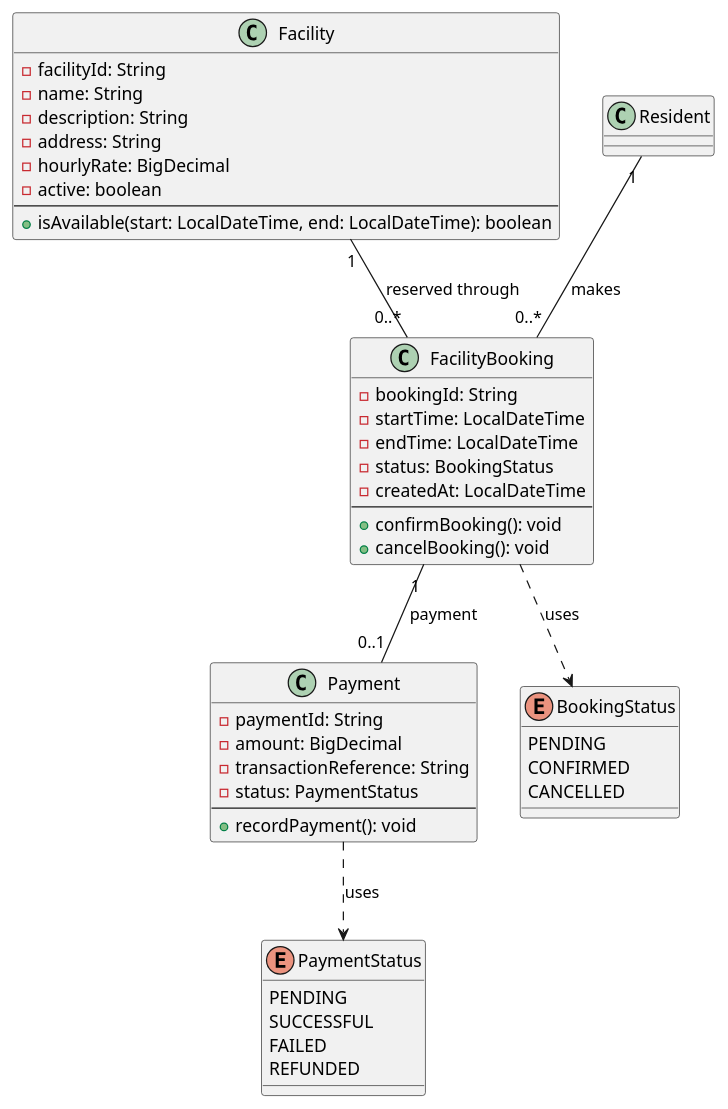
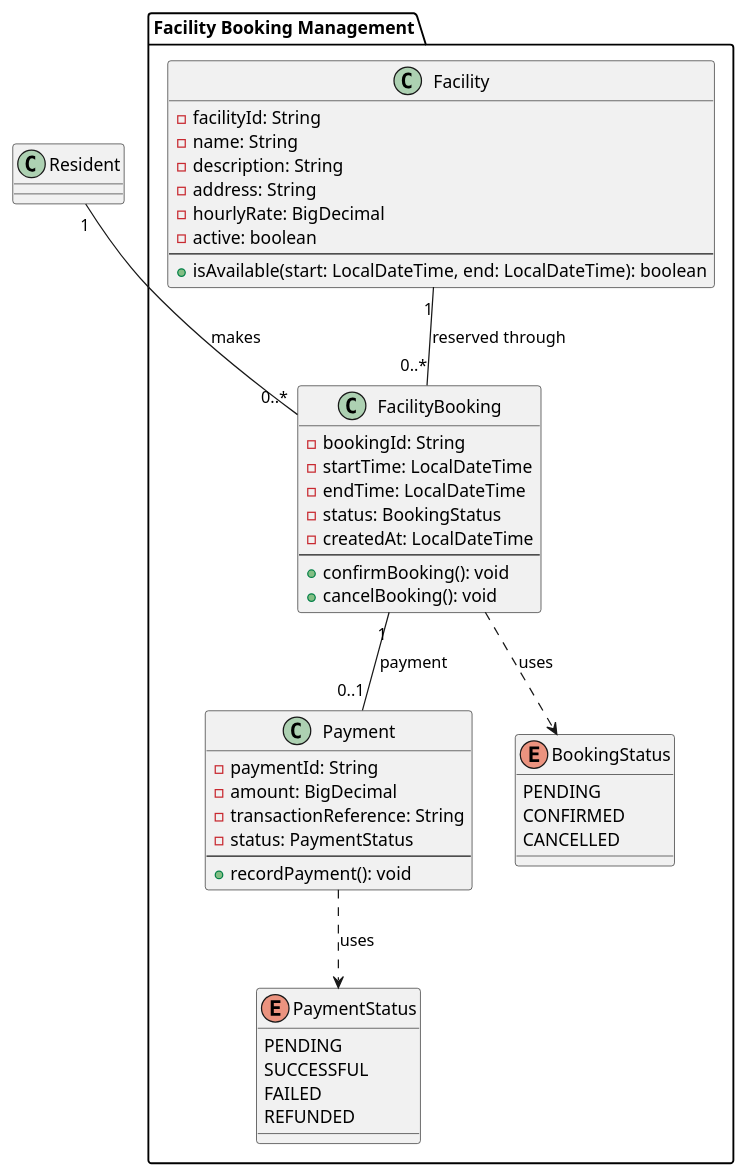
The diagram in docs/uml/modules/facility-booking.puml (gg-sajanbasnet/ICT602-MEL_S2_2026-1), drawn with PlantUML before and after one commit. The commit also changed 3 other files, not shown here.

Commit message:
refactor(uml): organize service request and facility booking into packages

```diff
--- a/docs/uml/modules/facility-booking.puml
+++ b/docs/uml/modules/facility-booking.puml
@@ -1,61 +1,64 @@
 
 ' =========================================
 ' FACILITY BOOKING MANAGEMENT MODULE
 ' =========================================
 
-class Facility {
-  - facilityId: String
-  - name: String
-  - description: String
-  - address: String
-  - hourlyRate: BigDecimal
-  - active: boolean
-  --
-  + isAvailable(start: LocalDateTime, end: LocalDateTime): boolean
-}
+package "Facility Booking Management" {
 
-class FacilityBooking {
-  - bookingId: String
-  - startTime: LocalDateTime
-  - endTime: LocalDateTime
-  - status: BookingStatus
-  - createdAt: LocalDateTime
-  --
-  + confirmBooking(): void
-  + cancelBooking(): void
-}
+  class Facility {
+    - facilityId: String
+    - name: String
+    - description: String
+    - address: String
+    - hourlyRate: BigDecimal
+    - active: boolean
+    --
+    + isAvailable(start: LocalDateTime, end: LocalDateTime): boolean
+  }
 
-class Payment {
-  - paymentId: String
-  - amount: BigDecimal
-  - transactionReference: String
-  - status: PaymentStatus
-  --
-  + recordPayment(): void
-}
+  class FacilityBooking {
+    - bookingId: String
+    - startTime: LocalDateTime
+    - endTime: LocalDateTime
+    - status: BookingStatus
+    - createdAt: LocalDateTime
+    --
+    + confirmBooking(): void
+    + cancelBooking(): void
+  }
 
-enum BookingStatus {
-  PENDING
-  CONFIRMED
-  CANCELLED
-}
+  class Payment {
+    - paymentId: String
+    - amount: BigDecimal
+    - transactionReference: String
+    - status: PaymentStatus
+    --
+    + recordPayment(): void
+  }
 
-enum PaymentStatus {
-  PENDING
-  SUCCESSFUL
-  FAILED
-  REFUNDED
+  enum BookingStatus {
+    PENDING
+    CONFIRMED
+    CANCELLED
+  }
+
+  enum PaymentStatus {
+    PENDING
+    SUCCESSFUL
+    FAILED
+    REFUNDED
+  }
 }
 
 ' =========================================
 ' FACILITY BOOKING RELATIONSHIPS
 ' =========================================
 
 Resident "1" -- "0..*" FacilityBooking : makes
 
 Facility "1" -- "0..*" FacilityBooking : reserved through
 
 FacilityBooking "1" -- "0..1" Payment : payment
 
 FacilityBooking ..> BookingStatus : uses
 Payment ..> PaymentStatus : uses
```
